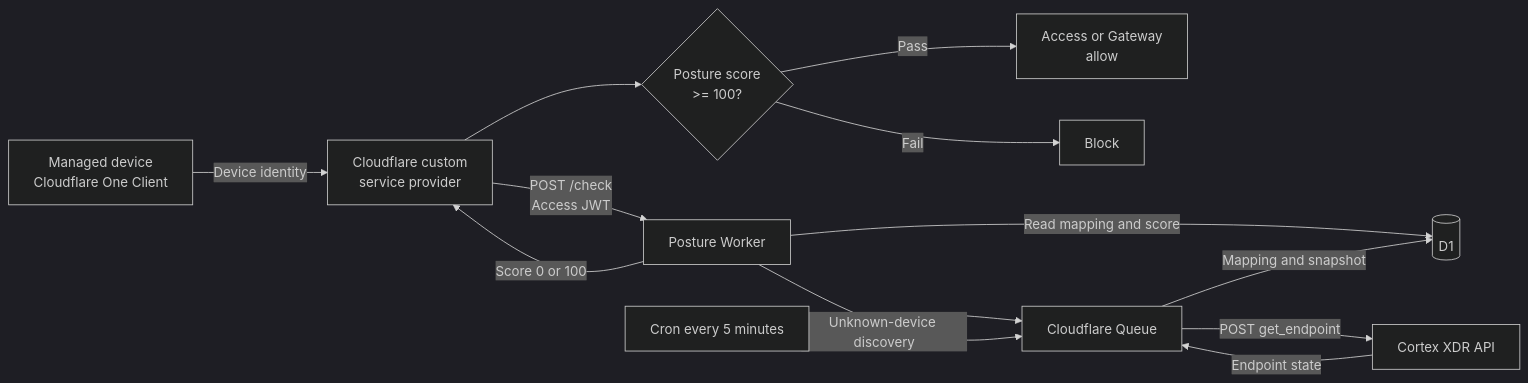
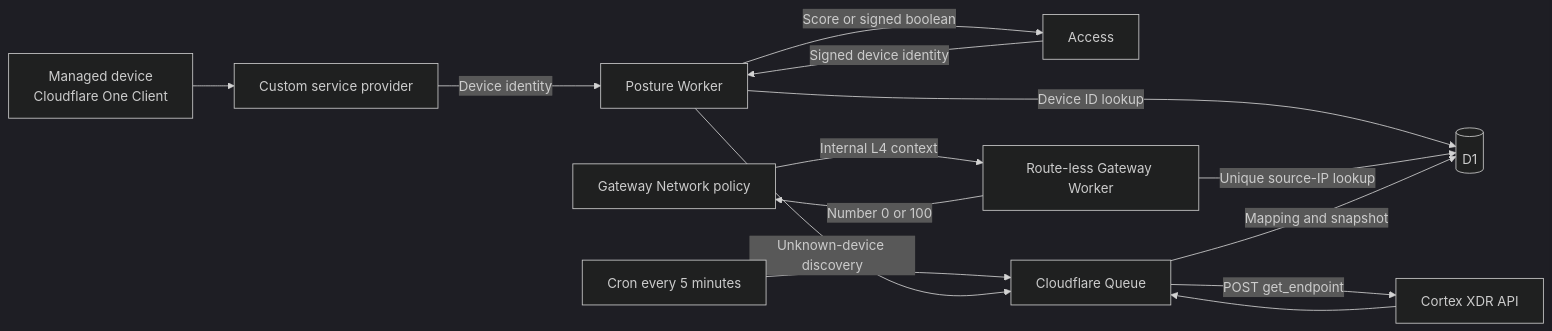
Before and after one commit to pongpisit/cloudflare-cortex-posture-worker: the diagram in README.md, drawn with Mermaid (dark theme). The commit also changed other lines of this file and 17 other files, not shown here.

Commit message:
Add Access and Gateway posture adapters

````diff
--- a/README.md
+++ b/README.md
@@ -18,16 +18,16 @@
 ```mermaid
 flowchart LR
-  D[Managed device<br/>Cloudflare One Client] -->|Device identity| CF[Cloudflare custom<br/>service provider]
-  CF -->|POST /check<br/>Access JWT| W[Posture Worker]
-  W -->|Read mapping and score| DB[(D1)]
-  W -->|Score 0 or 100| CF
-  CF --> P{Posture score<br/>>= 100?}
-  P -->|Pass| A[Access or Gateway<br/>allow]
-  P -->|Fail| B[Block]
-
+  D[Managed device<br/>Cloudflare One Client] --> CF[Custom service provider]
+  CF -->|Device identity| W[Posture Worker]
+  A[Access] -->|Signed device identity| W
+  G[Gateway Network policy] -->|Internal L4 context| GW[Route-less Gateway Worker]
+  W -->|Device ID lookup| DB[(D1)]
+  GW -->|Unique source-IP lookup| DB
+  W -->|Score or signed boolean| A
+  GW -->|Number 0 or 100| G
   CRON[Cron every 5 minutes] --> Q[Cloudflare Queue]
   W -->|Unknown-device discovery| Q
   Q -->|POST get_endpoint| X[Cortex XDR API]
-  X -->|Endpoint state| Q
+  X --> Q
   Q -->|Mapping and snapshot| DB
 ```
````
